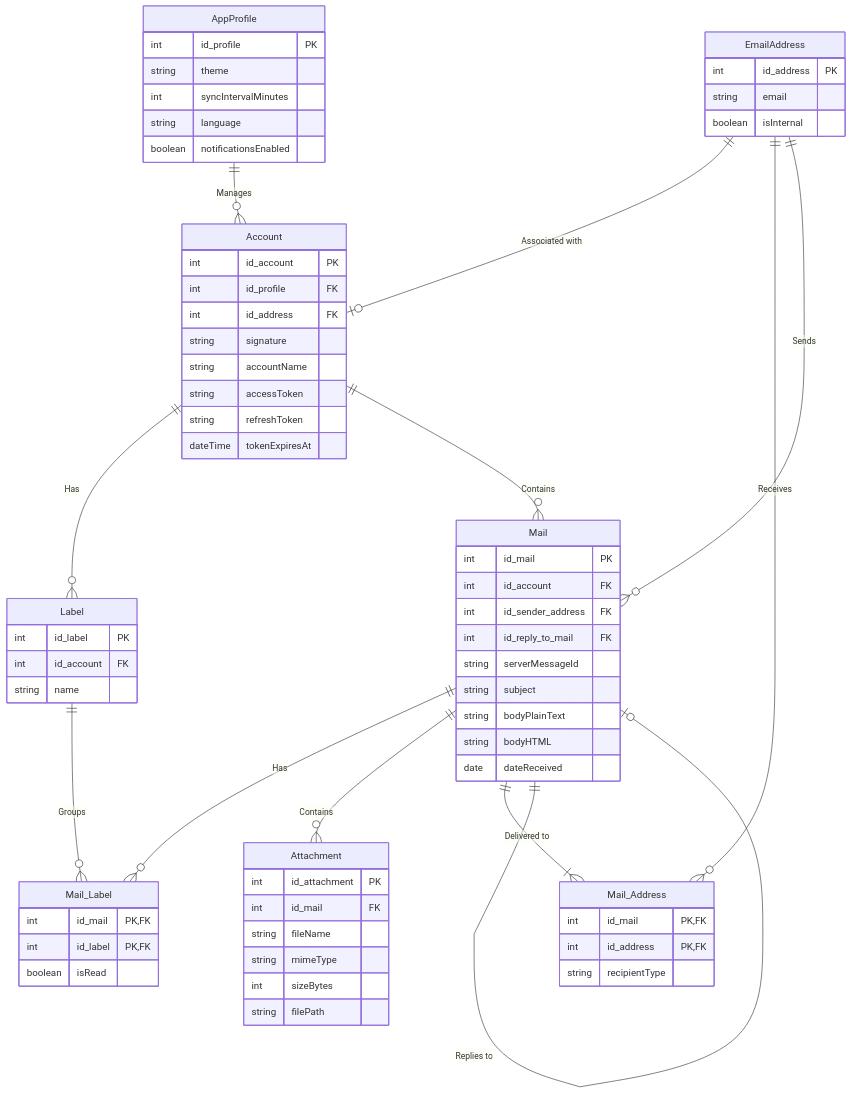
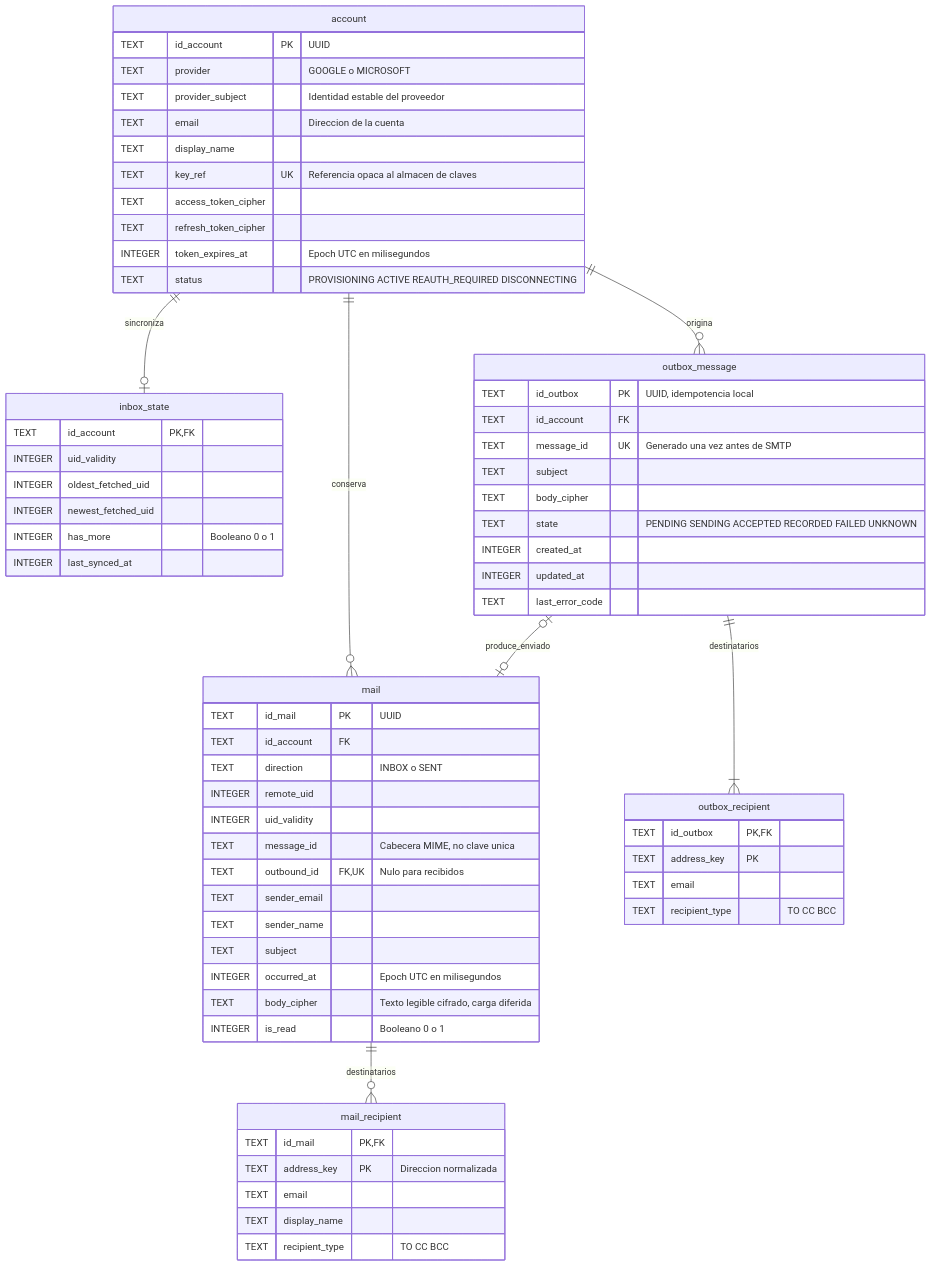
The diagram in docs/diagrams/er-diagram.md (JuanPablo72000/evermail), drawn with Mermaid before and after one commit. The commit also changed other lines of this file and 118 other files, not shown here.

````diff
--- a/docs/diagrams/er-diagram.md
+++ b/docs/diagrams/er-diagram.md
@@ -1,79 +5,68 @@
 ```mermaid
 erDiagram
-    Account {
-        int id_account PK
-        int id_profile FK
-        int id_address FK
-        string signature
-        string accountName
-        string accessToken
-        string refreshToken
-        dateTime tokenExpiresAt
+    account {
+        TEXT id_account PK "UUID"
+        TEXT provider "GOOGLE o MICROSOFT"
+        TEXT provider_subject "Identidad estable del proveedor"
+        TEXT email "Direccion de la cuenta"
+        TEXT display_name
+        TEXT key_ref UK "Referencia opaca al almacen de claves"
+        TEXT access_token_cipher
+        TEXT refresh_token_cipher
+        INTEGER token_expires_at "Epoch UTC en milisegundos"
+        TEXT status "PROVISIONING ACTIVE REAUTH_REQUIRED DISCONNECTING"
     }
-
-    AppProfile {
-        int id_profile PK
-        string theme
-        int syncIntervalMinutes
-        string language
-        boolean notificationsEnabled
+    inbox_state {
+        TEXT id_account PK, FK
+        INTEGER uid_validity
+        INTEGER oldest_fetched_uid
+        INTEGER newest_fetched_uid
+        INTEGER has_more "Booleano 0 o 1"
+        INTEGER last_synced_at
     }
-
-    EmailAddress {
-        int id_address PK
-        string email
-        boolean isInternal
+    mail {
+        TEXT id_mail PK "UUID"
+        TEXT id_account FK
+        TEXT direction "INBOX o SENT"
+        INTEGER remote_uid
+        INTEGER uid_validity
+        TEXT message_id "Cabecera MIME, no clave unica"
+        TEXT outbound_id FK, UK "Nulo para recibidos"
+        TEXT sender_email
+        TEXT sender_name
+        TEXT subject
+        INTEGER occurred_at "Epoch UTC en milisegundos"
+        TEXT body_cipher "Texto legible cifrado, carga diferida"
+        INTEGER is_read "Booleano 0 o 1"
     }
-
-    Mail {
-	    int id_mail PK
-	    int id_account FK
-	    int id_sender_address FK
-	    int id_reply_to_mail FK
-	    string serverMessageId
-	    string subject
-	    string bodyPlainText
-	    string bodyHTML
-	    date dateReceived
-	}
-
-    Attachment {
-        int id_attachment PK
-        int id_mail FK
-        string fileName
-        string mimeType
-        int sizeBytes
-        string filePath
+    mail_recipient {
+        TEXT id_mail PK, FK
+        TEXT address_key PK "Direccion normalizada"
+        TEXT email
+        TEXT display_name
+        TEXT recipient_type "TO CC BCC"
     }
-
-    Label {
-        int id_label PK
-        int id_account FK
-        string name
+    outbox_message {
+        TEXT id_outbox PK "UUID, idempotencia local"
+        TEXT id_account FK
+        TEXT message_id UK "Generado una vez antes de SMTP"
+        TEXT subject
+        TEXT body_cipher
+        TEXT state "PENDING SENDING ACCEPTED RECORDED FAILED UNKNOWN"
+        INTEGER created_at
+        INTEGER updated_at
+        TEXT last_error_code
     }
-
-    Mail_Label {
-        int id_mail PK, FK
-        int id_label PK, FK
-        boolean isRead
+    outbox_recipient {
+        TEXT id_outbox PK, FK
+        TEXT address_key PK
+        TEXT email
+        TEXT recipient_type "TO CC BCC"
     }
-
-    Mail_Address {
-        int id_mail PK, FK
-        int id_address PK, FK
-        string recipientType 
-    }
-
-    %% Relations
-    AppProfile ||--o{ Account : "Manages"
-    EmailAddress ||--o| Account : "Associated with"
-    Account ||--o{ Label : "Has"
-    Mail ||--o{ Mail_Label : "Has"
-    Label ||--o{ Mail_Label : "Groups"
-    Mail ||--o{ Attachment : "Contains"
-    Mail ||--|{ Mail_Address : "Delivered to"
-    EmailAddress ||--o{ Mail_Address : "Receives"
-    Account ||--o{ Mail : "Contains" 
-    EmailAddress ||--o{ Mail : "Sends" 
-    Mail ||--o| Mail : "Replies to"
+    account ||--o| inbox_state : sincroniza
+    account ||--o{ mail : conserva
+    account ||--o{ outbox_message : origina
+    mail ||--o{ mail_recipient : destinatarios
+    outbox_message ||--|{ outbox_recipient : destinatarios
+    outbox_message |o--o| mail : produce_enviado
 ```
````
